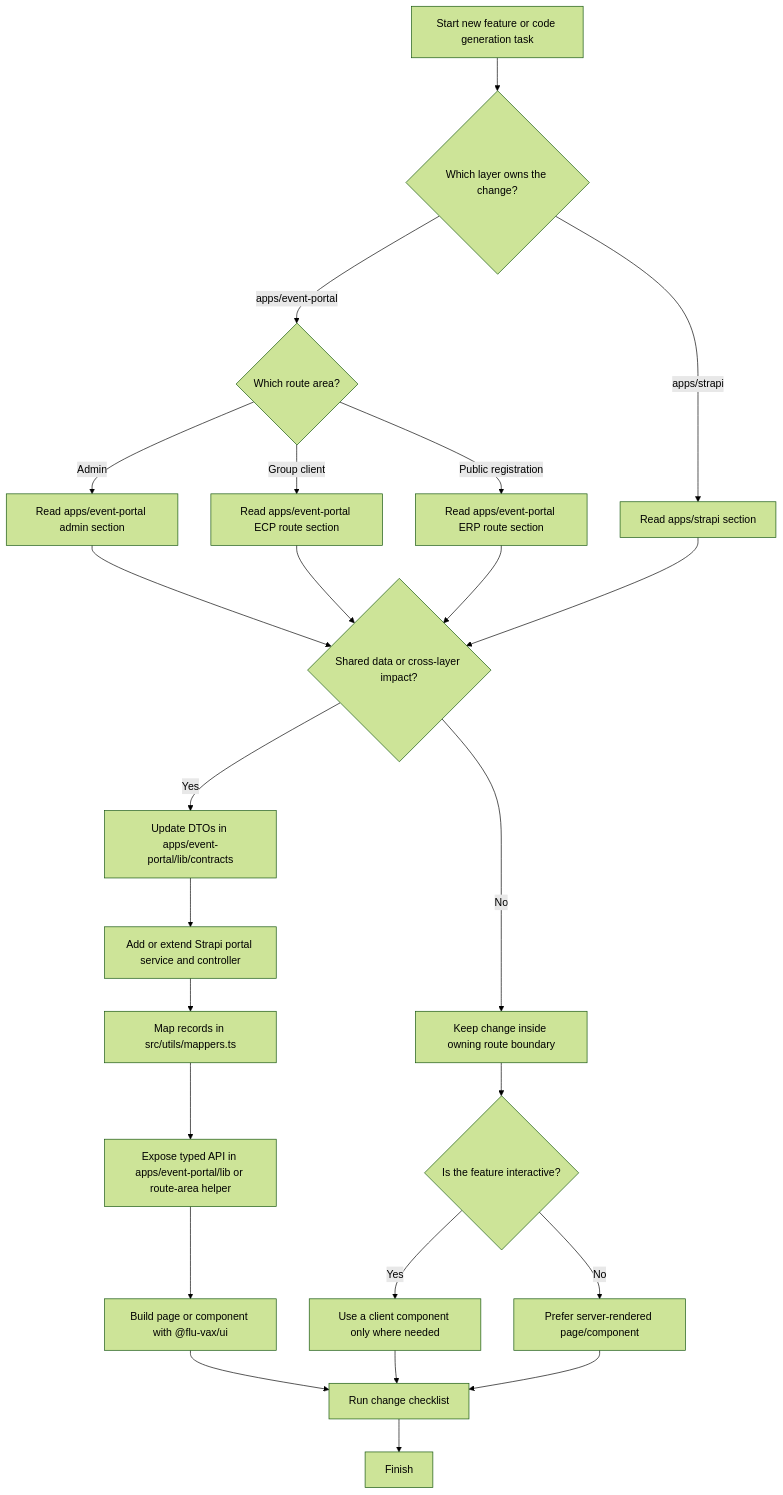
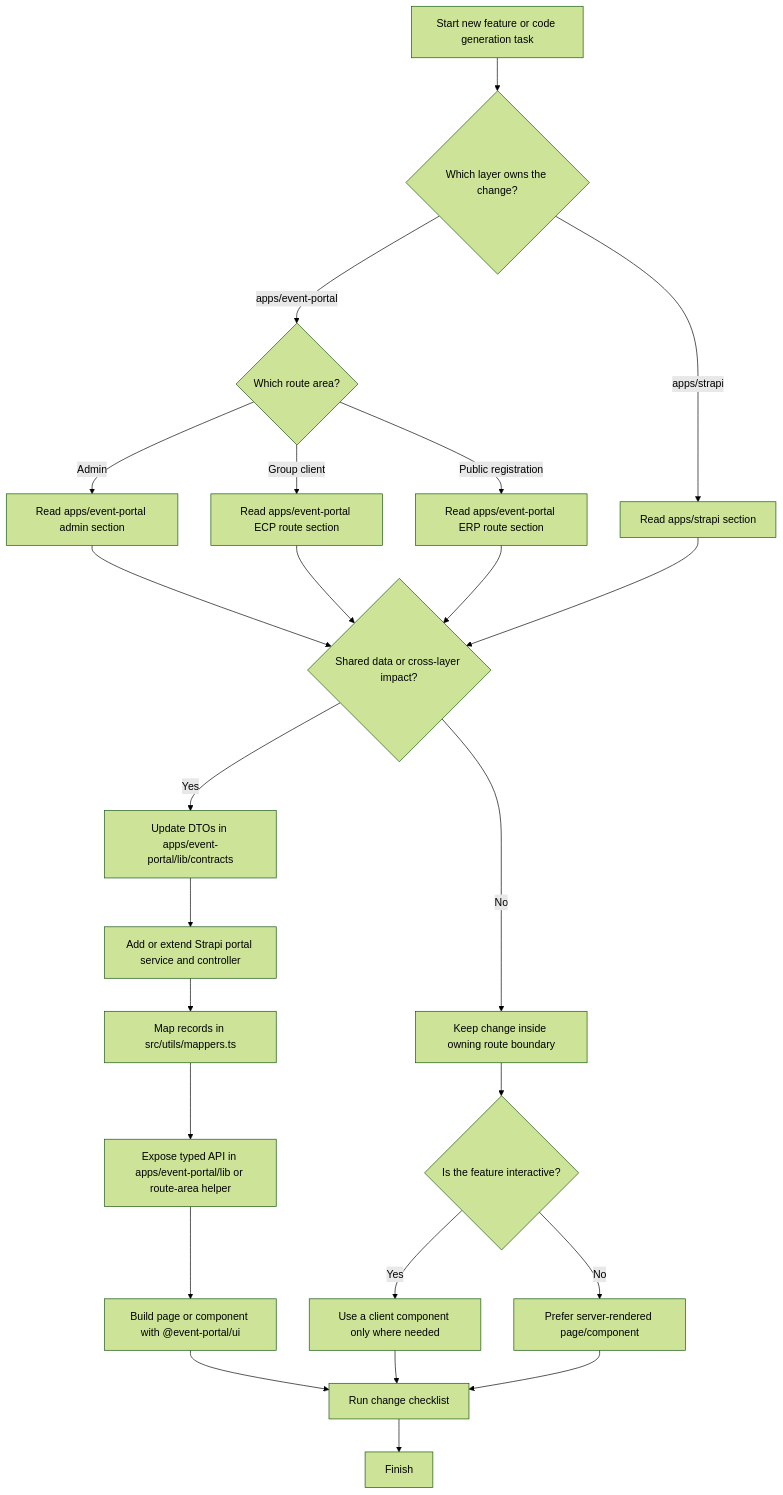
Before and after one commit to lokmannicholas/event-portal: the diagram in docs/code-generation-guidelines.md, drawn with Mermaid (forest theme). The commit also changed other lines of this file and 109 other files, not shown here.

````diff
--- a/docs/code-generation-guidelines.md
+++ b/docs/code-generation-guidelines.md
@@ -29,26 +29,26 @@
 ```mermaid
 flowchart TD
     A[Start new feature or code generation task] --> B{Which layer owns the change?}
     B -->|apps/event-portal| C{Which route area?}
     B -->|apps/strapi| F[Read apps/strapi section]
     C -->|Admin| D[Read apps/event-portal admin section]
     C -->|Group client| E[Read apps/event-portal ECP route section]
     C -->|Public registration| G[Read apps/event-portal ERP route section]
     D --> H{Shared data or cross-layer impact?}
     E --> H
     G --> H
     F --> H
     H -->|Yes| I[Update DTOs in apps/event-portal/lib/contracts]
     H -->|No| J[Keep change inside owning route boundary]
     I --> K[Add or extend Strapi portal service and controller]
     K --> L[Map records in src/utils/mappers.ts]
     L --> M[Expose typed API in apps/event-portal/lib or route-area helper]
-    M --> N[Build page or component with @flu-vax/ui]
+    M --> N[Build page or component with @event-portal/ui]
     J --> O{Is the feature interactive?}
     O -->|Yes| P[Use a client component only where needed]
     O -->|No| Q[Prefer server-rendered page/component]
     N --> R[Run change checklist]
     P --> R
     Q --> R
     R --> S[Finish]
 ```
````
